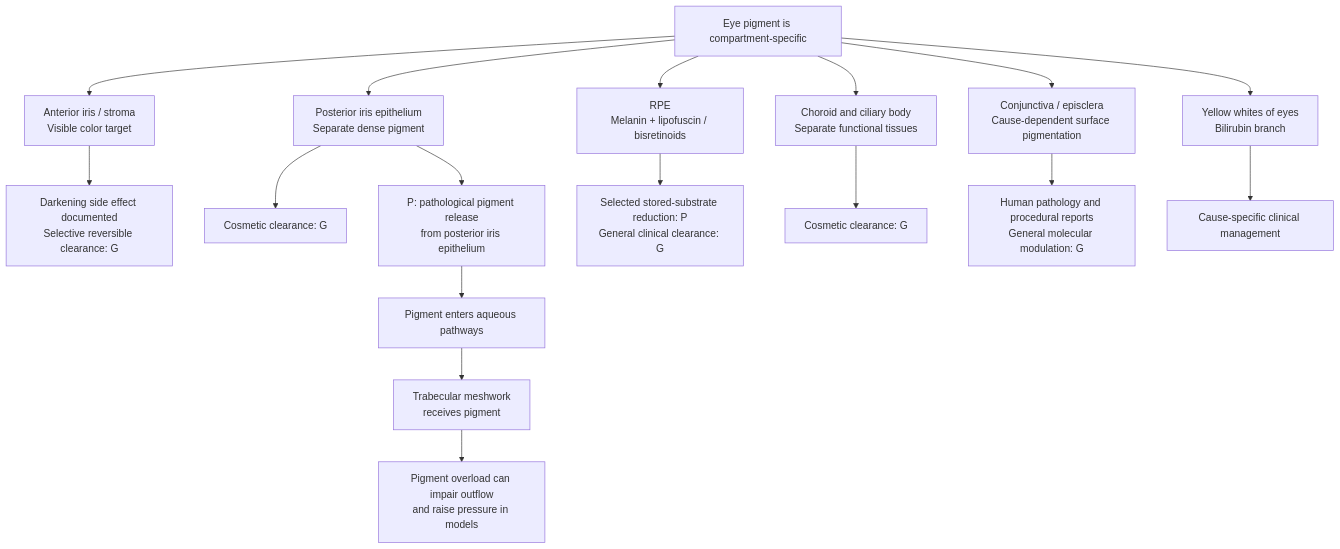
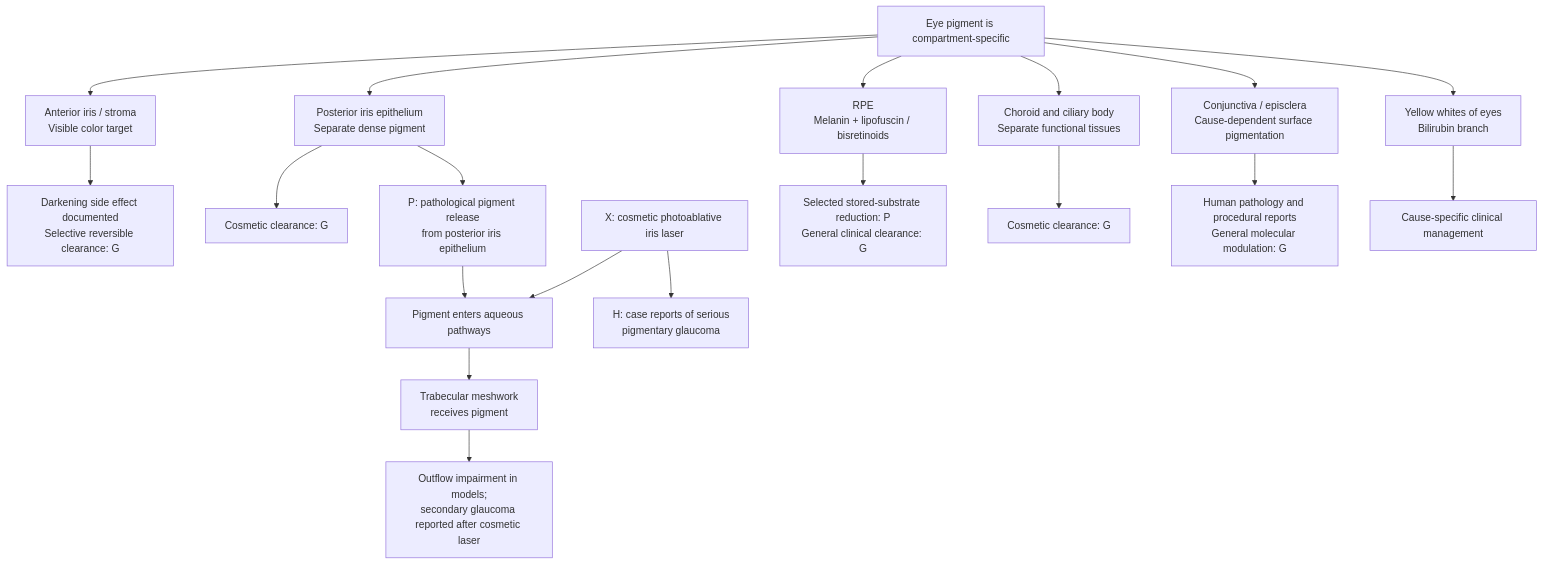
The ninth of 16 diagrams in research/tissue-pigment-atlas.md (dylanstechmann/iris-color-without-contacts), drawn with Mermaid before and after one commit. The commit also changed other lines of this file, not shown here.

Commit message:
Document cosmetic iris-laser case reports and compartment risks

````diff
--- a/research/tissue-pigment-atlas.md
+++ b/research/tissue-pigment-atlas.md
@@ -220,20 +220,22 @@
 ```mermaid
 flowchart TD
     E["Eye pigment is compartment-specific"]
     E --> A["Anterior iris / stroma<br/>Visible color target"]
     E --> B["Posterior iris epithelium<br/>Separate dense pigment"]
     E --> C["RPE<br/>Melanin + lipofuscin / bisretinoids"]
     E --> D["Choroid and ciliary body<br/>Separate functional tissues"]
     E --> F["Conjunctiva / episclera<br/>Cause-dependent surface pigmentation"]
     E --> Y["Yellow whites of eyes<br/>Bilirubin branch"]
     A --> A1["Darkening side effect documented<br/>Selective reversible clearance: G"]
     B --> B1["Cosmetic clearance: G"]
     B --> P["P: pathological pigment release<br/>from posterior iris epithelium"]
     P --> Q["Pigment enters aqueous pathways"]
     Q --> T["Trabecular meshwork<br/>receives pigment"]
-    T --> T1["Pigment overload can impair outflow<br/>and raise pressure in models"]
+    T --> T1["Outflow impairment in models;<br/>secondary glaucoma reported after cosmetic laser"]
+    L["X: cosmetic photoablative iris laser"] --> Q
+    L --> L1["H: case reports of serious<br/>pigmentary glaucoma"]
     C --> C1["Selected stored-substrate reduction: P<br/>General clinical clearance: G"]
     D --> D1["Cosmetic clearance: G"]
     F --> F1["Human pathology and procedural reports<br/>General molecular modulation: G"]
     Y --> Y1["Cause-specific clinical management"]
 ```
````
